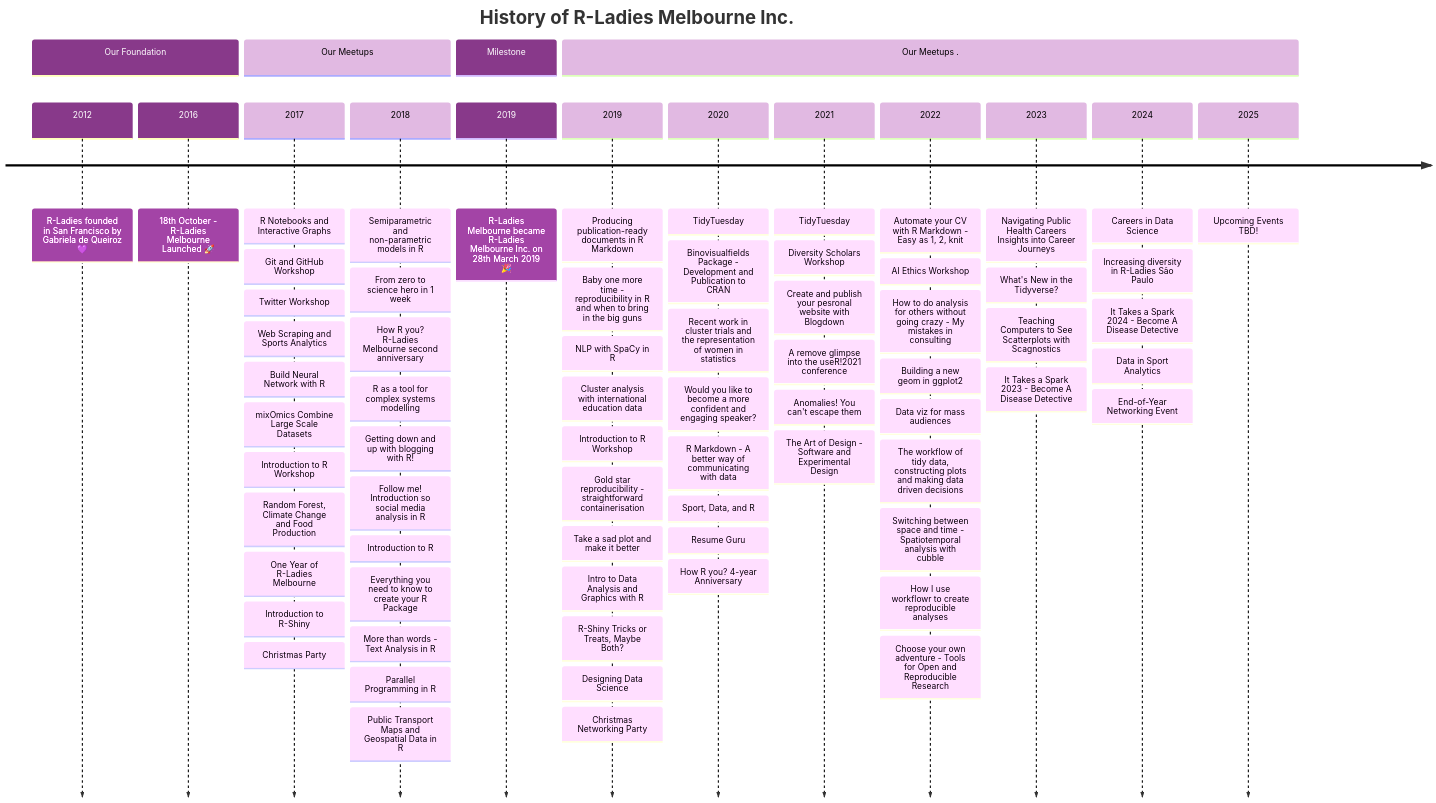
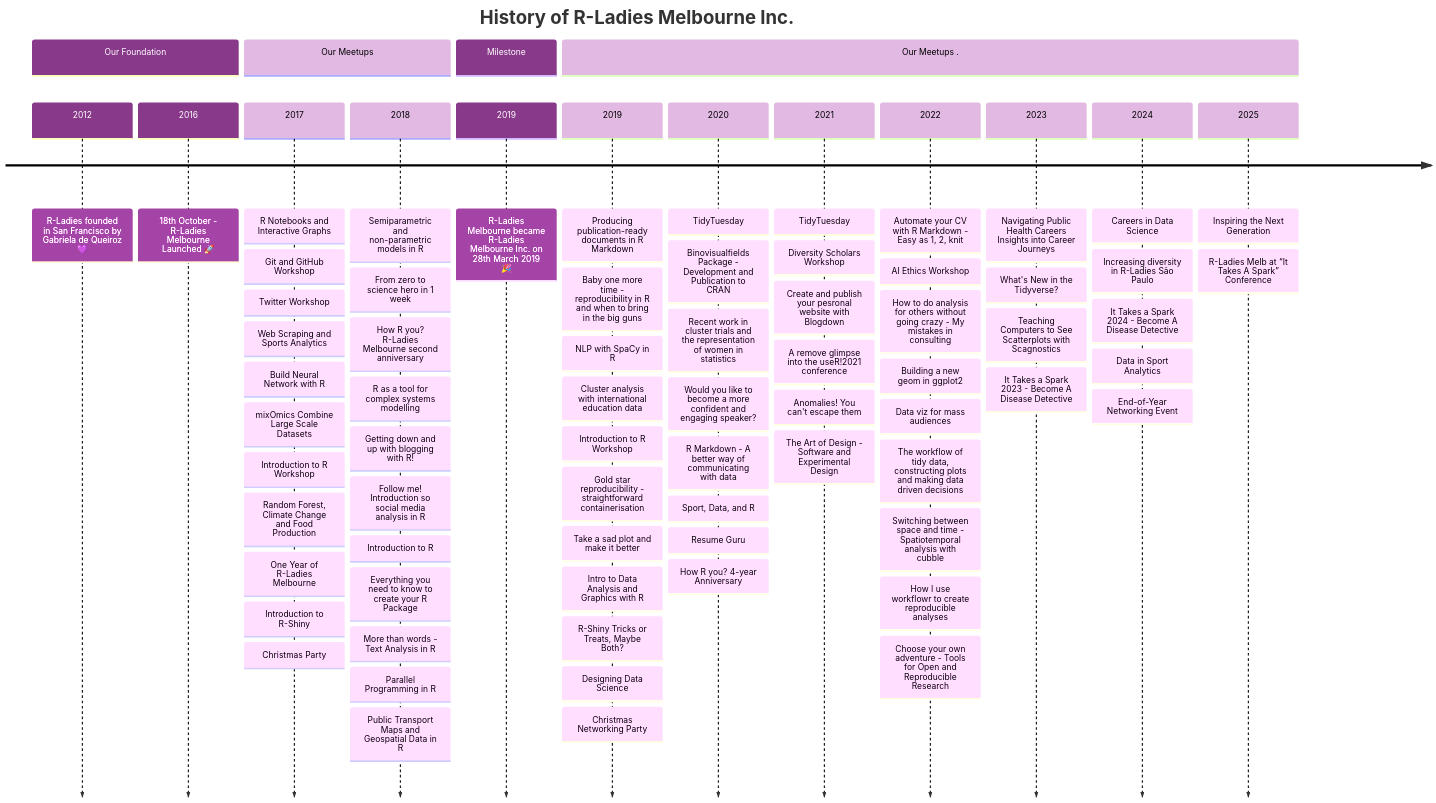
The diagram in timeline.qmd (R-LadiesMelbourne/r-ladiesmelbourne.github.io), drawn with Mermaid before and after one commit. The commit also changed other lines of this file and 19 other files, not shown here.

````diff
--- a/timeline.qmd
+++ b/timeline.qmd
@@ -90,5 +90,5 @@
          : It Takes a Spark 2024 - Become A Disease Detective
          : Data in Sport Analytics
          : End-of-Year Networking Event 
-    2025 : Upcoming Events TBD!
+    2025 : Inspiring the Next Generation: R-Ladies Melb at “It Takes A Spark” Conference
 ```
````
